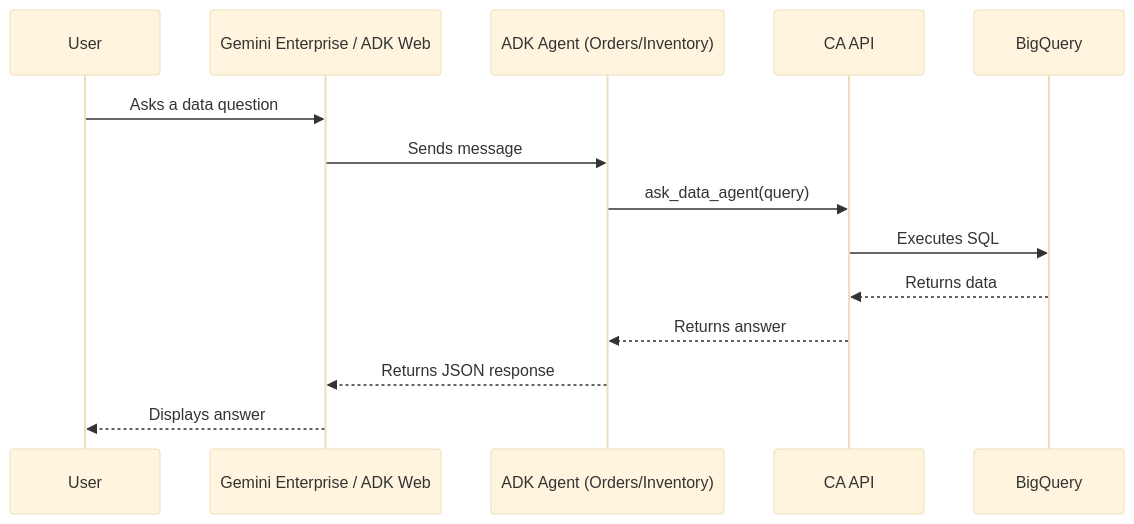
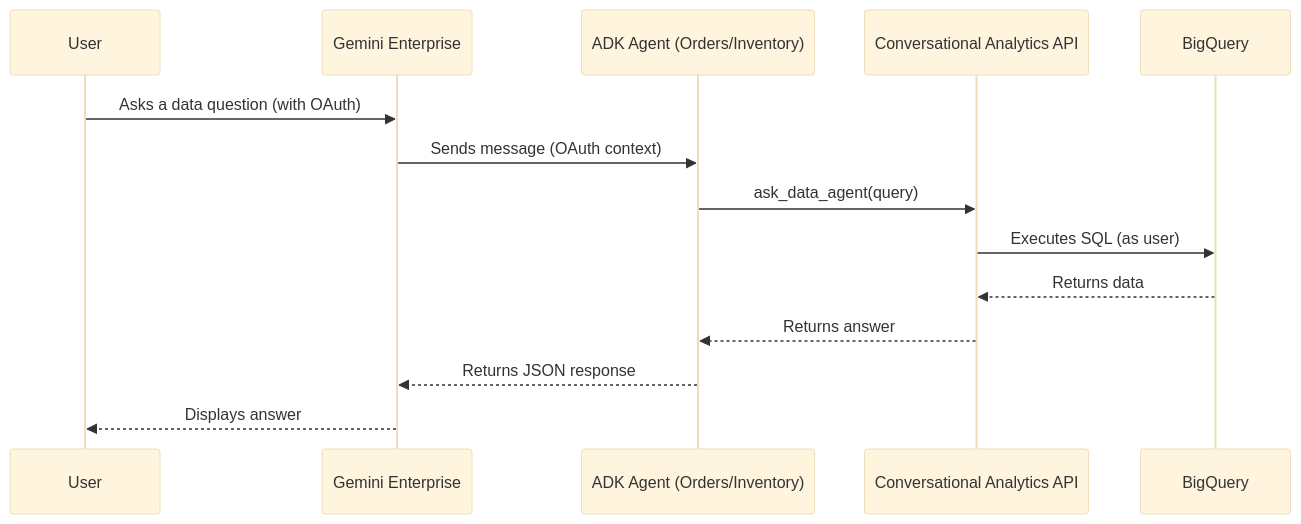
One commit to johanesalxd/random-stuff changed the diagram in bq_caapi_ge/README.md. Above: the diagram before and after it, drawn with Mermaid (base theme). The commit also changed other lines of this file and 7 other files, not shown here.

````diff
--- a/bq_caapi_ge/README.md
+++ b/bq_caapi_ge/README.md
@@ -9,17 +9,17 @@
 ```mermaid
 sequenceDiagram
     participant User
-    participant GE as Gemini Enterprise / ADK Web
+    participant GE as Gemini Enterprise
     participant ADK as ADK Agent (Orders/Inventory)
-    participant CA as CA API
+    participant CA as Conversational Analytics API
     participant BQ as BigQuery
 
-    User->>GE: Asks a data question
-    GE->>ADK: Sends message
+    User->>GE: Asks a data question (with OAuth)
+    GE->>ADK: Sends message (OAuth context)
     ADK->>CA: ask_data_agent(query)
-    CA->>BQ: Executes SQL
+    CA->>BQ: Executes SQL (as user)
     BQ-->>CA: Returns data
     CA-->>ADK: Returns answer
     ADK-->>GE: Returns JSON response
     GE-->>User: Displays answer
 ```
````
